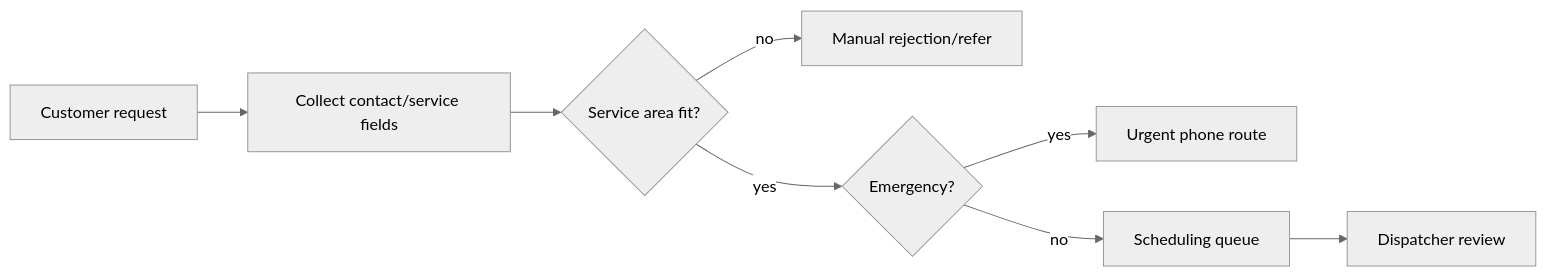
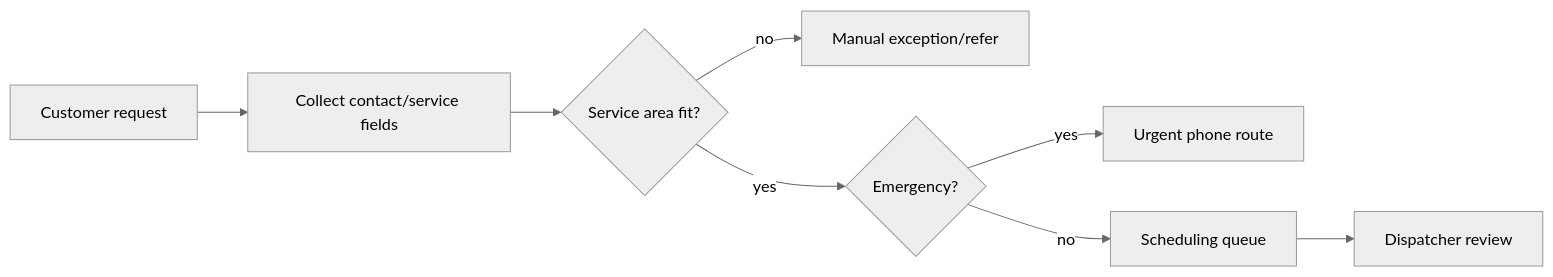
One commit to ashishki/-Workflow-to-Agent-Studio changed the diagram in docs/demo/HVAC_LEAD_INTAKE_ROADMAP_RU.md. Above: the diagram before and after it, drawn with Mermaid (neutral theme). The commit also changed other lines of this file and 9 other files, not shown here.

````diff
--- a/docs/demo/HVAC_LEAD_INTAKE_ROADMAP_RU.md
+++ b/docs/demo/HVAC_LEAD_INTAKE_ROADMAP_RU.md
@@ -36,10 +50,10 @@
 ```mermaid
 flowchart LR
     A[Customer request] --> B[Collect contact/service fields]
     B --> C{Service area fit?}
-    C -- no --> D[Manual rejection/refer]
+    C -- no --> D[Manual exception/refer]
     C -- yes --> E{Emergency?}
     E -- yes --> F[Urgent phone route]
     E -- no --> G[Scheduling queue]
     G --> H[Dispatcher review]
 ```
````
